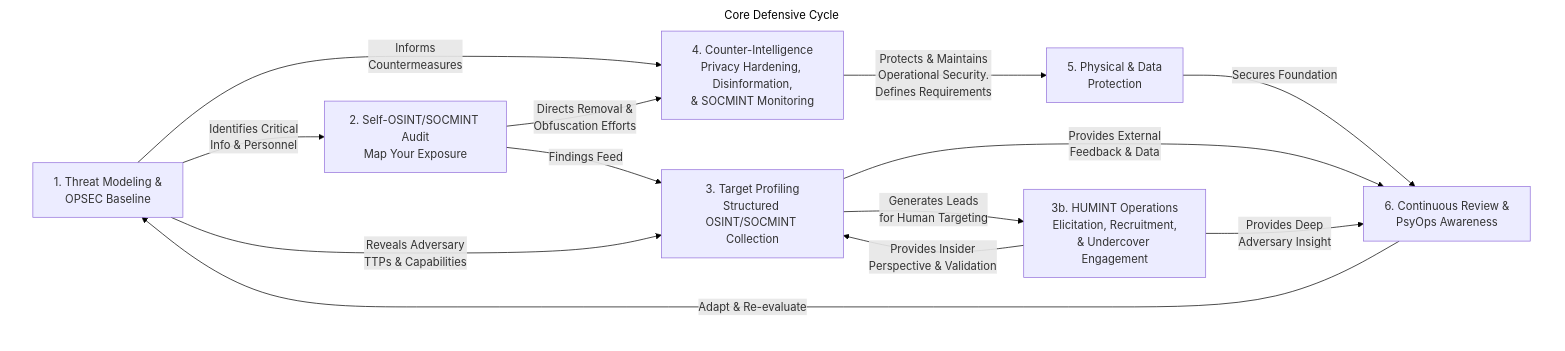
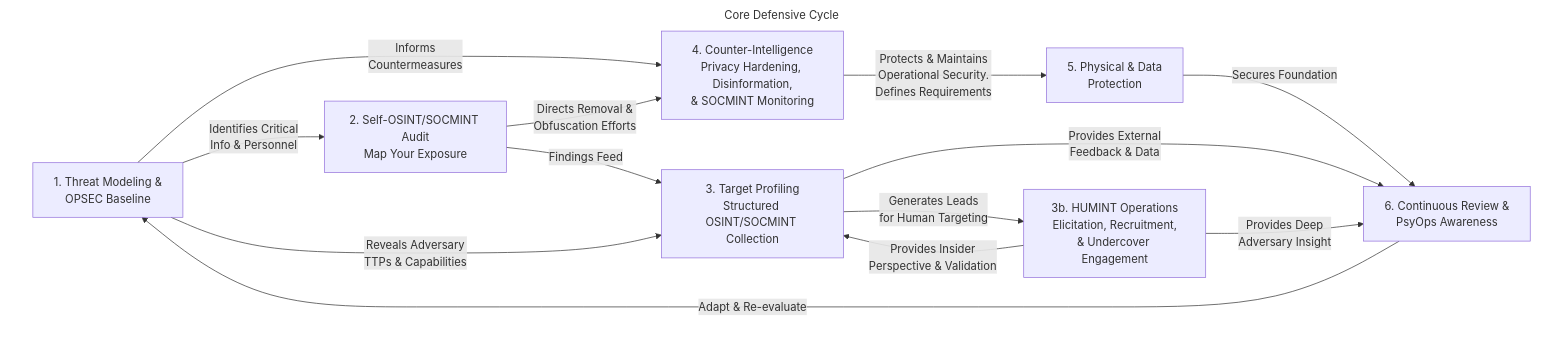
Before and after one commit to airborne-commando/OPSEC-OSINT-Tools: the diagram in markdown/mermaid-data/OPSEC–OSINT-lifecycle.md, drawn with Mermaid. The commit also changed 8 other files, not shown here.

````diff
--- a/markdown/mermaid-data/OPSEC–OSINT-lifecycle.md
+++ b/markdown/mermaid-data/OPSEC–OSINT-lifecycle.md
@@ -1,38 +1,26 @@
 ```mermaid
 flowchart TD
  subgraph subGraph0["Core Defensive Cycle"]
         A["1. Threat Modeling &amp;<br>OPSEC Baseline"]
         B["2. Self-OSINT/SOCMINT Audit<br>Map Your Exposure"]
         C["3. Target Profiling<br>Structured OSINT/SOCMINT Collection"]
         H["3b. HUMINT Operations<br>Elicitation, Recruitment,<br>&amp; Undercover Engagement"]
         D["4. Counter-Intelligence<br>Privacy Hardening, Disinformation,<br>&amp; SOCMINT Monitoring"]
         E["5. Physical &amp; Data<br>Protection"]
         F["6. Continuous Review &amp;<br>PsyOps Awareness"]
   end
     A -- Identifies Critical<br>Info &amp; Personnel --> B
     B -- Findings Feed --> C
     A -- Reveals Adversary<br>TTPs &amp; Capabilities --> C
     C -- Generates Leads<br>for Human Targeting --> H
     H -- Provides Insider<br>Perspective &amp; Validation --> C
     A -- Informs<br>Countermeasures --> D
     B -- Directs Removal &amp;<br>Obfuscation Efforts --> D
     D -- "Protects &amp; Maintains<br>Operational Security.<br>Defines Requirements" --> E
     E -- Secures Foundation --> F
     C -- Provides External<br>Feedback &amp; Data --> F
     H -- Provides Deep<br>Adversary Insight --> F
     F -- "Adapt & Re-evaluate" --> A
 
-    style subGraph0 fill:transparent,stroke:none,color:#000000
-    linkStyle 0 stroke:#000000,fill:none
-    linkStyle 1 stroke:#000000,fill:none
-    linkStyle 2 stroke:#000000,fill:none
-    linkStyle 3 stroke:#000000,fill:none
-    linkStyle 4 stroke:#000000,fill:none
-    linkStyle 5 stroke:#000000,fill:none
-    linkStyle 6 stroke:#000000,fill:none
-    linkStyle 7 stroke:#000000,fill:none
-    linkStyle 8 stroke:#000000,fill:none
-    linkStyle 9 stroke:#000000,fill:none
-    linkStyle 10 stroke:#000000,fill:none
-    linkStyle 11 stroke:#000000,fill:none
+    style subGraph0 fill:transparent,stroke:none
 ```
````
